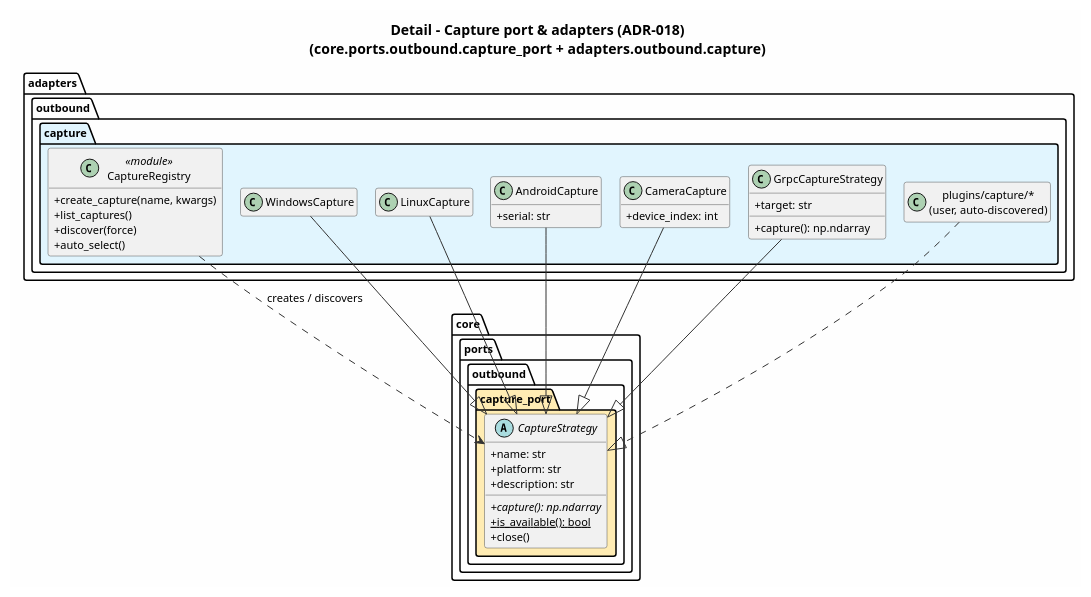
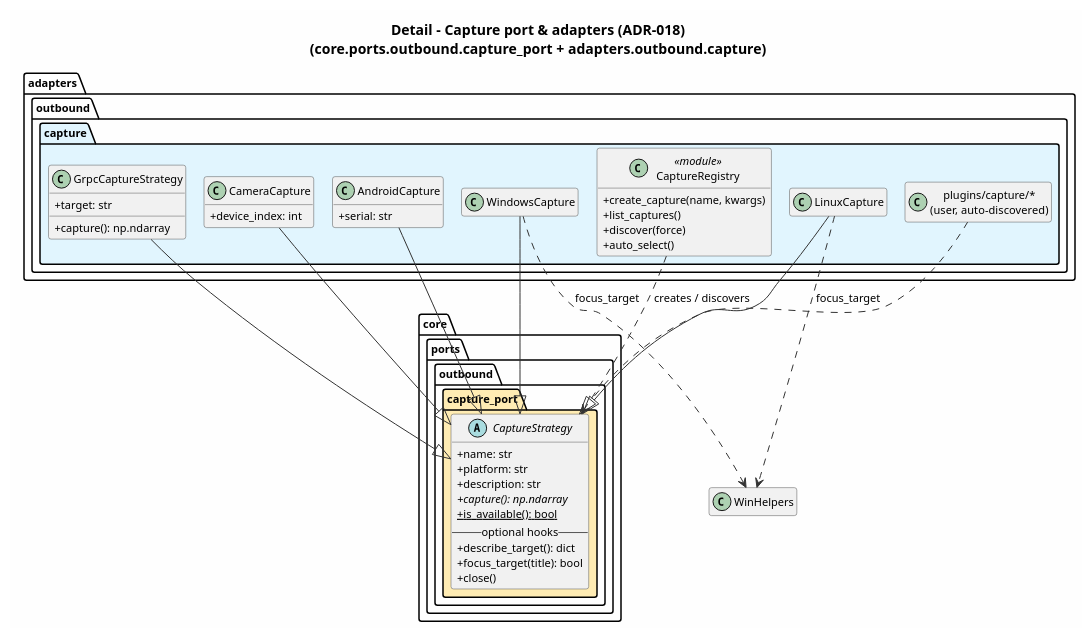
The diagram in docs/diagrams/class_capture.puml (milanac030988/vizdom), drawn with PlantUML before and after one commit. The commit also changed 18 other files, not shown here.

First line of the commit message:
docs: ADR-021 + revisions 011/017/024, guides, diagrams, reports, deck

```diff
--- a/docs/diagrams/class_capture.puml
+++ b/docs/diagrams/class_capture.puml
@@ -1,58 +1,63 @@
 @startuml Class_Capture
 !pragma layout smetana
 top to bottom direction
 skinparam backgroundColor #FEFEFE
 skinparam defaultFontName Arial
 skinparam defaultFontSize 11
 skinparam classAttributeIconSize 0
 skinparam nodesep 16
 skinparam ranksep 34
 skinparam class {
     BorderColor #555555
     ArrowColor #333333
 }
 hide empty members
 
 title Detail - Capture port & adapters (ADR-018)\n(core.ports.outbound.capture_port + adapters.outbound.capture)
 
 package "core.ports.outbound.capture_port" #FFECB3 {
     abstract class CaptureStrategy {
         +name: str
         +platform: str
         +description: str
         +{abstract} capture(): np.ndarray
         +{static} is_available(): bool
+        --optional hooks--
+        +describe_target(): dict
+        +focus_target(title): bool
         +close()
     }
 }
 
 package "adapters.outbound.capture" #E1F5FE {
     class CaptureRegistry <<module>> {
         +create_capture(name, kwargs)
         +list_captures()
         +discover(force)
         +auto_select()
     }
     class WindowsCapture
     class LinuxCapture
     class AndroidCapture {
         +serial: str
     }
     class CameraCapture {
         +device_index: int
     }
     class GrpcCaptureStrategy {
         +target: str
         +capture(): np.ndarray
     }
     class "plugins/capture/*\n(user, auto-discovered)" as CapPlugins
 }
 
 WindowsCapture --|> CaptureStrategy
 LinuxCapture --|> CaptureStrategy
 AndroidCapture --|> CaptureStrategy
 CameraCapture --|> CaptureStrategy
 GrpcCaptureStrategy --|> CaptureStrategy
 CapPlugins ..|> CaptureStrategy
 CaptureRegistry ..> CaptureStrategy : creates / discovers
+WindowsCapture ..> WinHelpers : focus_target
+LinuxCapture ..> WinHelpers : focus_target
 @enduml
```
